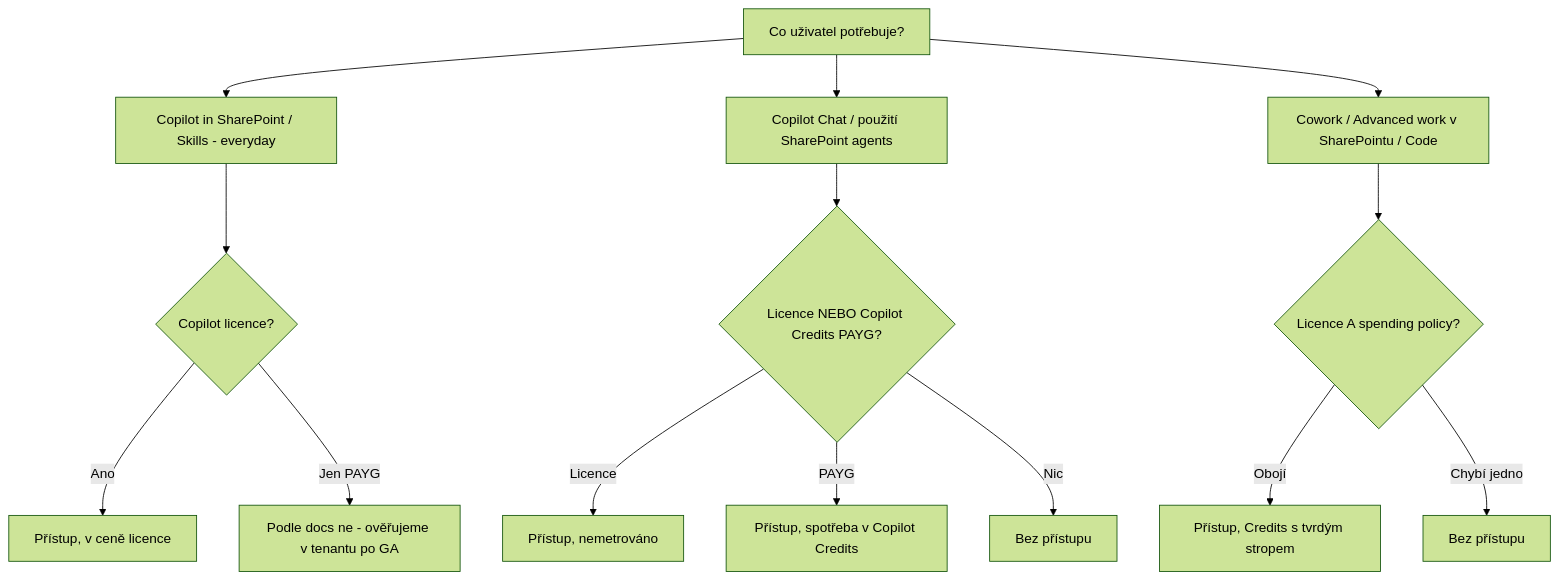
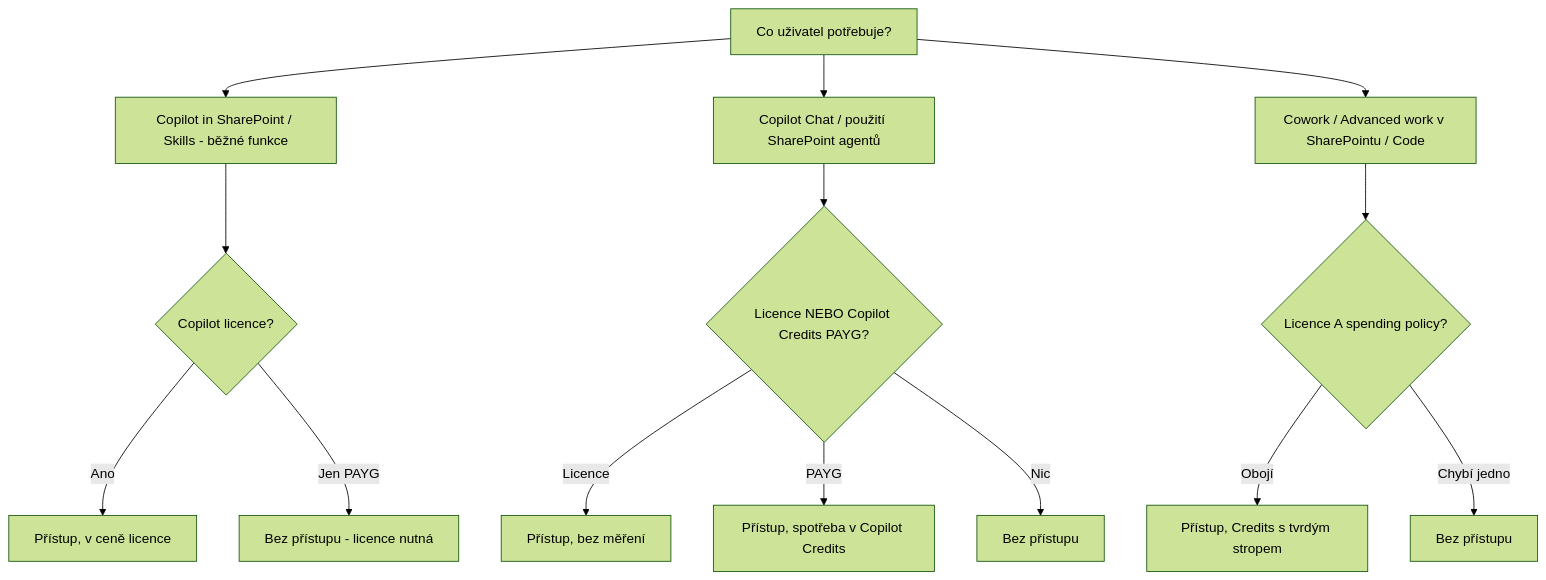
The diagram in day-1/licensing/README.md (MalasekPetr/gopas-goc224), drawn with Mermaid (forest theme) before and after one commit. The commit also changed other lines of this file, not shown here.

````diff
--- a/day-1/licensing/README.md
+++ b/day-1/licensing/README.md
@@ -95,16 +138,16 @@
 ```mermaid
 flowchart TD
-  Start[Co uživatel potřebuje?] --> F1[Copilot in SharePoint / Skills - everyday]
-  Start --> F2[Copilot Chat / použití SharePoint agents]
+  Start[Co uživatel potřebuje?] --> F1[Copilot in SharePoint / Skills - běžné funkce]
+  Start --> F2[Copilot Chat / použití SharePoint agentů]
   Start --> F3[Cowork / Advanced work v SharePointu / Code]
   F1 --> Q1{Copilot licence?}
   Q1 -->|Ano| OK1[Přístup, v ceně licence]
-  Q1 -->|Jen PAYG| OK1b[Podle docs ne - ověřujeme v tenantu po GA]
+  Q1 -->|Jen PAYG| No1[Bez přístupu - licence nutná]
   F2 --> Q2{Licence NEBO Copilot Credits PAYG?}
-  Q2 -->|Licence| OK2[Přístup, nemetrováno]
+  Q2 -->|Licence| OK2[Přístup, bez měření]
   Q2 -->|PAYG| Metered[Přístup, spotřeba v Copilot Credits]
   Q2 -->|Nic| No2[Bez přístupu]
   F3 --> Q3{Licence A spending policy?}
   Q3 -->|Obojí| OK3[Přístup, Credits s tvrdým stropem]
   Q3 -->|Chybí jedno| No3[Bez přístupu]
 ```
````
